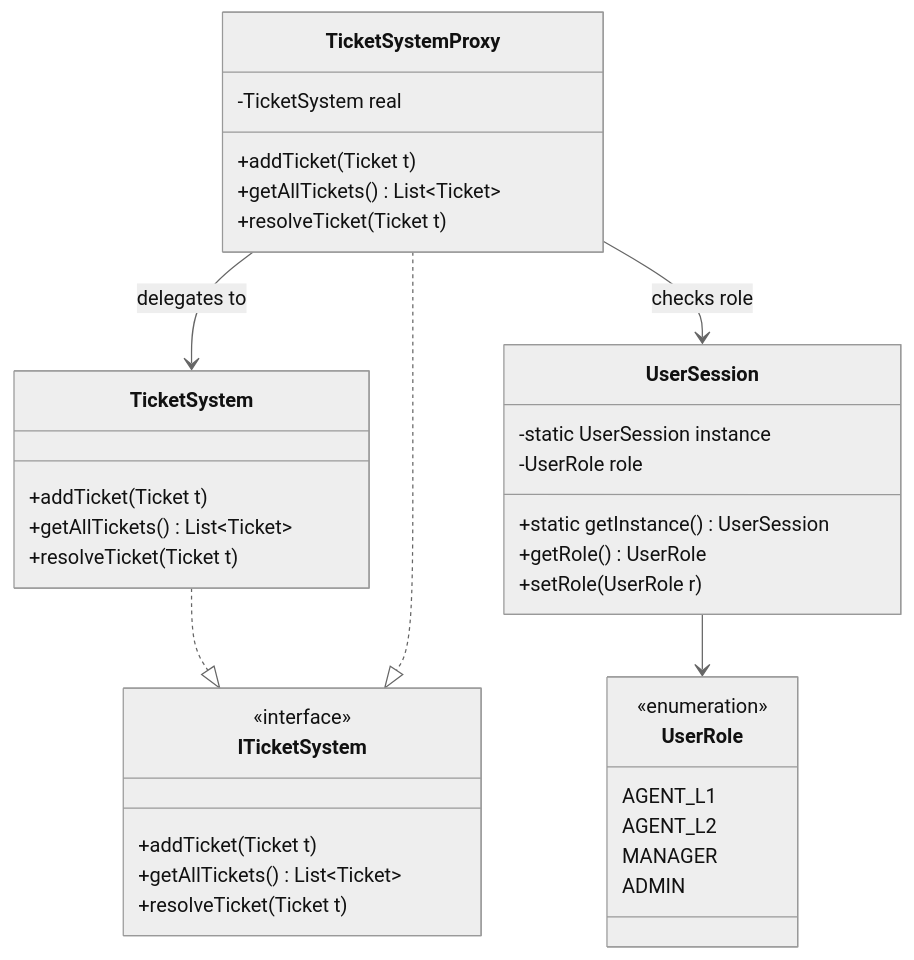
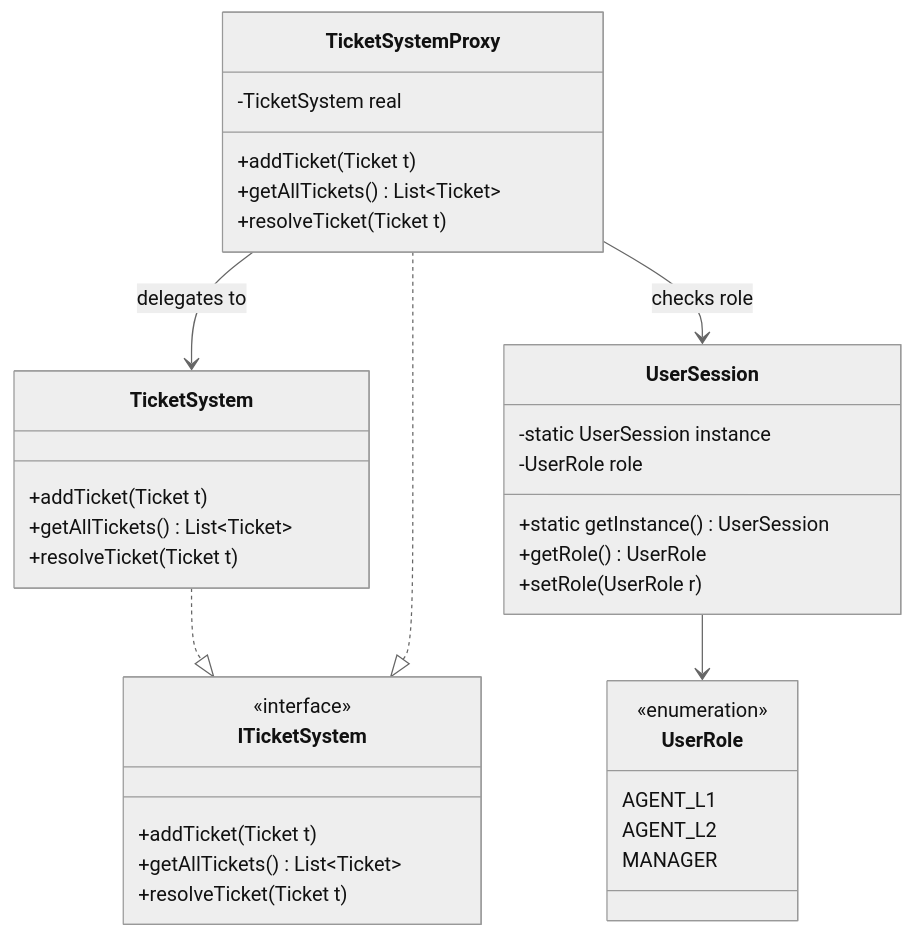
Before and after one commit to Abdalaziz-AlHakim/Smart-Auto-Support-System: the first of 6 diagrams in SYSTEM_PLAN_V3_part2.md, drawn with Mermaid (neutral theme). The commit also changed other lines of this file and 4 other files, not shown here.

````diff
--- a/SYSTEM_PLAN_V3_part2.md
+++ b/SYSTEM_PLAN_V3_part2.md
@@ -26,39 +26,38 @@
 ```mermaid
 classDiagram
     class ITicketSystem {
         <<interface>>
         +addTicket(Ticket t)
         +getAllTickets() List~Ticket~
         +resolveTicket(Ticket t)
     }
     class TicketSystem {
         +addTicket(Ticket t)
         +getAllTickets() List~Ticket~
         +resolveTicket(Ticket t)
     }
     class TicketSystemProxy {
         -TicketSystem real
         +addTicket(Ticket t)
         +getAllTickets() List~Ticket~
         +resolveTicket(Ticket t)
     }
     class UserSession {
         -static UserSession instance
         -UserRole role
         +static getInstance() UserSession
         +getRole() UserRole
         +setRole(UserRole r)
     }
     class UserRole {
         <<enumeration>>
         AGENT_L1
         AGENT_L2
         MANAGER
-        ADMIN
     }
     TicketSystem ..|> ITicketSystem
     TicketSystemProxy ..|> ITicketSystem
     TicketSystemProxy --> TicketSystem : delegates to
     TicketSystemProxy --> UserSession : checks role
     UserSession --> UserRole
 ```
````
